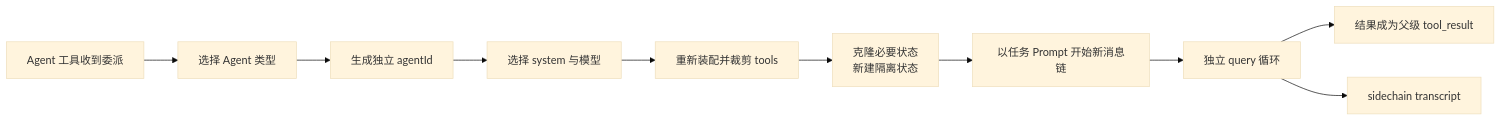
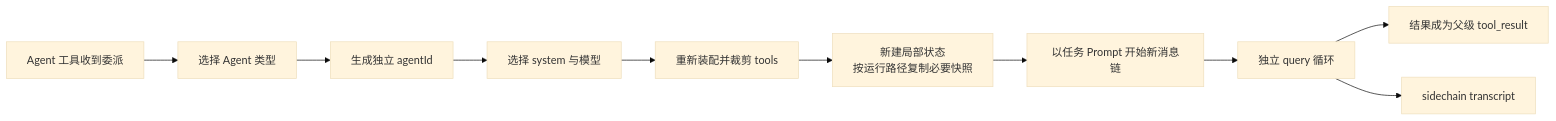
One commit to day0n/analysis-claude-code changed the diagram in book/19-Subagent构造.md. Above: the diagram before and after it, drawn with Mermaid (base theme). The commit also changed other lines of this file and 2 other files, not shown here.

````diff
--- a/book/19-Subagent构造.md
+++ b/book/19-Subagent构造.md
@@ -17,12 +17,12 @@
 ```mermaid
 flowchart LR
     A["Agent 工具收到委派"] --> B["选择 Agent 类型"]
     B --> C["生成独立 agentId"]
     C --> D["选择 system 与模型"]
     D --> E["重新装配并裁剪 tools"]
-    E --> F["克隆必要状态<br/>新建隔离状态"]
+    E --> F["新建局部状态<br/>按运行路径复制必要快照"]
     F --> G["以任务 Prompt 开始新消息链"]
     G --> H["独立 query 循环"]
     H --> I["结果成为父级 tool_result"]
     H --> J["sidechain transcript"]
 ```
````
